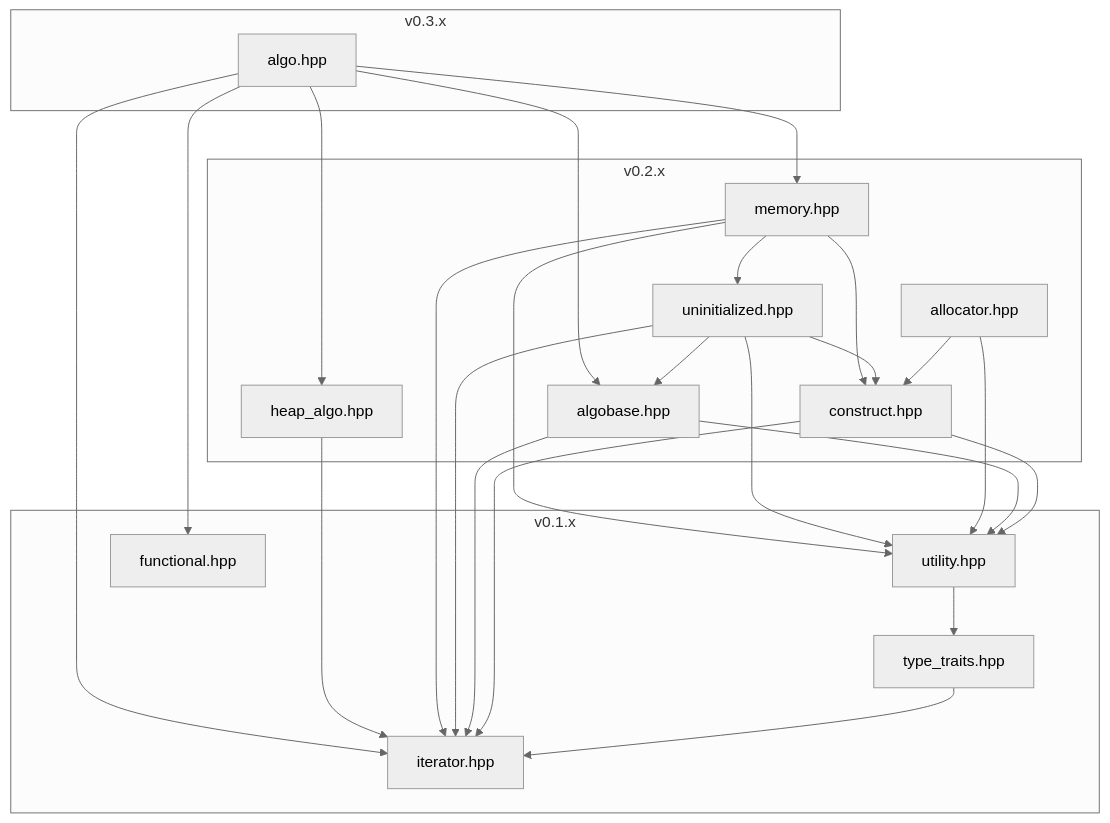
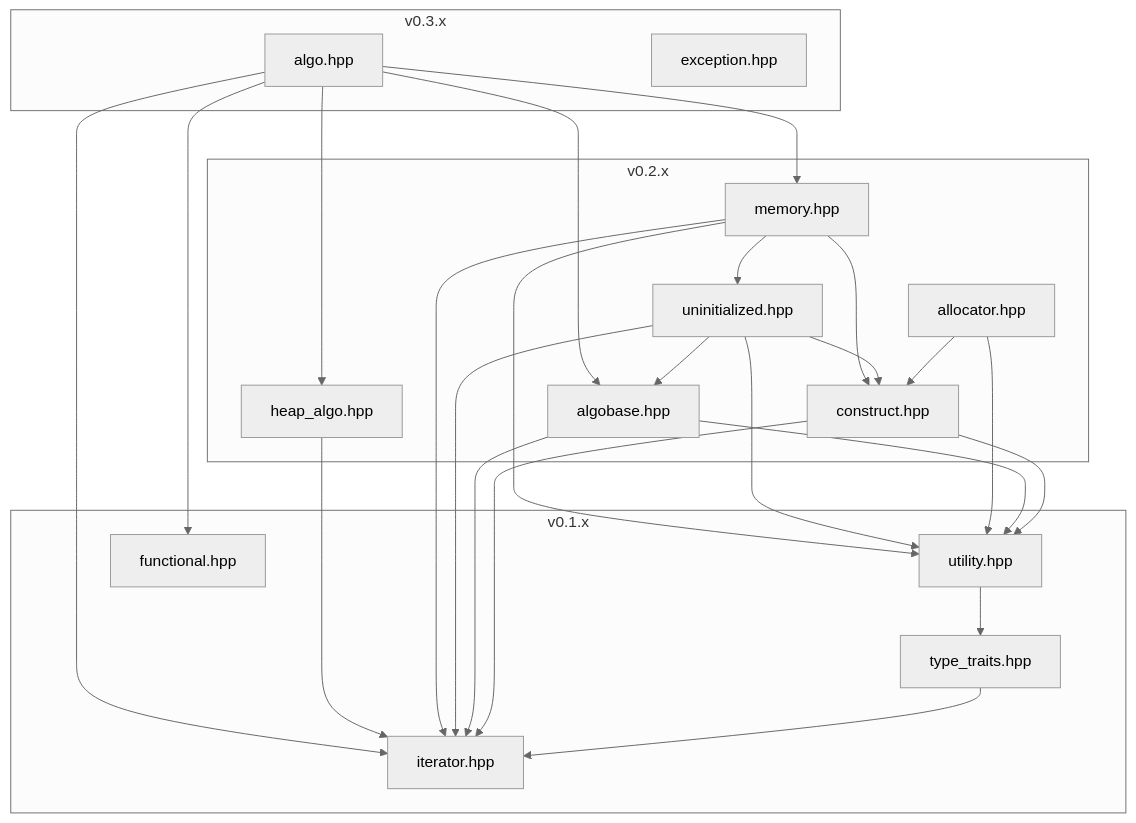
Before and after one commit to LiuYuan-SHU/tiny_stl: the first of 11 diagrams in README.md, drawn with Mermaid (neutral theme).

Commit message:
exception.hpp: doc finished

````diff
--- a/README.md
+++ b/README.md
@@ -90,33 +90,34 @@
 ```mermaid
 flowchart TD
 
 subgraph v0.1.x
   iterator[iterator.hpp]
   type_traits[type_traits.hpp]
   utility[utility.hpp]
   functional[functional.hpp]
 end
 
 subgraph v0.2.x
   construct[construct.hpp]
   algobase[algobase.hpp]
   allocator[allocator.hpp]
   uninitialized[uninitialized.hpp]
   memory[memory.hpp]
   heap_algo[heap_algo.hpp]
 end
 
 subgraph v0.3.x
   algo[algo.hpp]
+  exception[exception.hpp]
 end
 
 type_traits --> iterator
 utility --> type_traits
 construct --> iterator & utility 
 algobase --> utility & iterator
 allocator --> construct & utility
 uninitialized --> algobase & construct & iterator & utility
 memory --> construct & iterator & uninitialized & utility
 heap_algo --> iterator
 algo --> algobase & functional & heap_algo & iterator & memory
 ```
````
